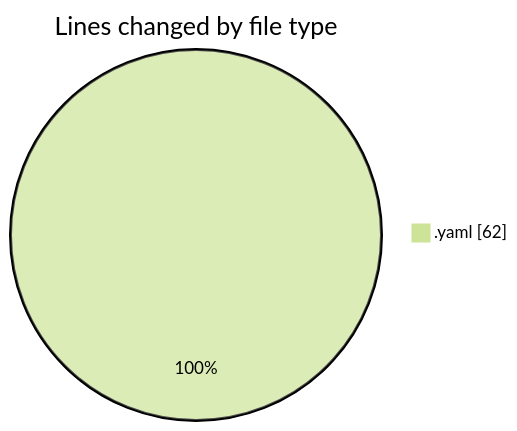
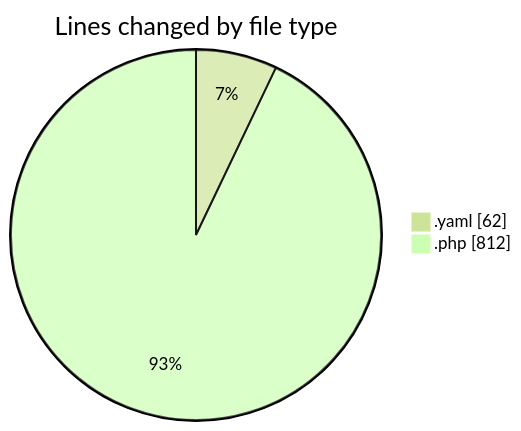
The first of 2 diagrams in 2025-09-05/erp-alpha/README.md (FelipKnott/code-tracking), drawn with Mermaid (forest theme) before and after one commit. The commit also changed other lines of this file and 1 other file, not shown here.

````diff
--- a/2025-09-05/erp-alpha/README.md
+++ b/2025-09-05/erp-alpha/README.md
@@ -20,5 +22,6 @@
 ```mermaid
 pie showData
 title Lines changed by file type
 ".yaml" : 62
+".php" : 812
 ```
````
